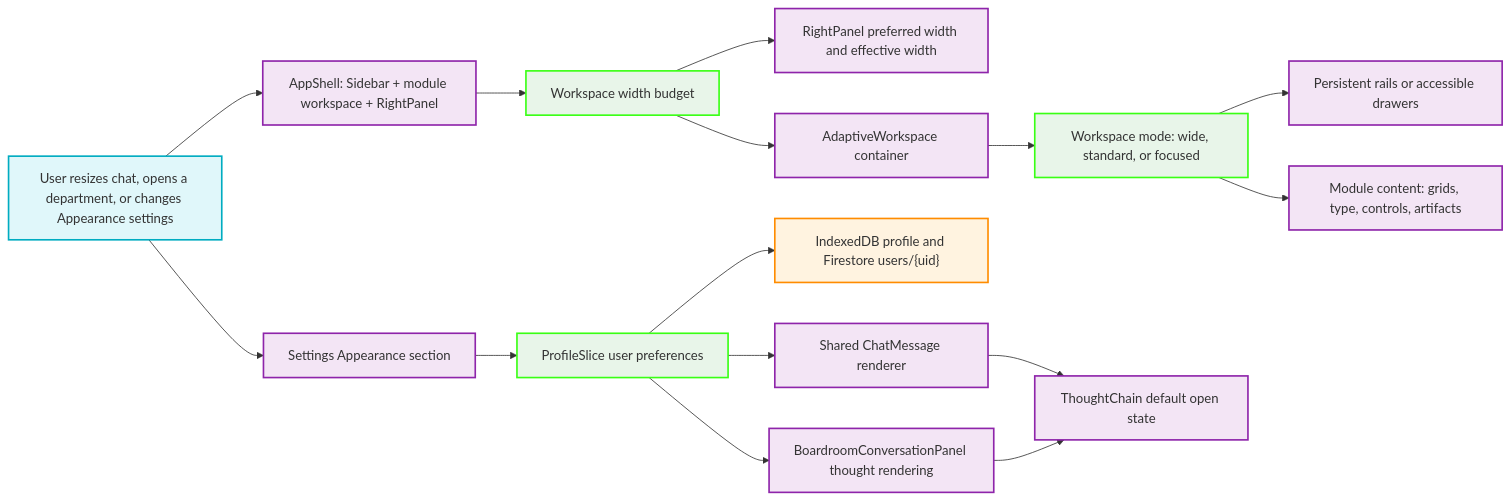
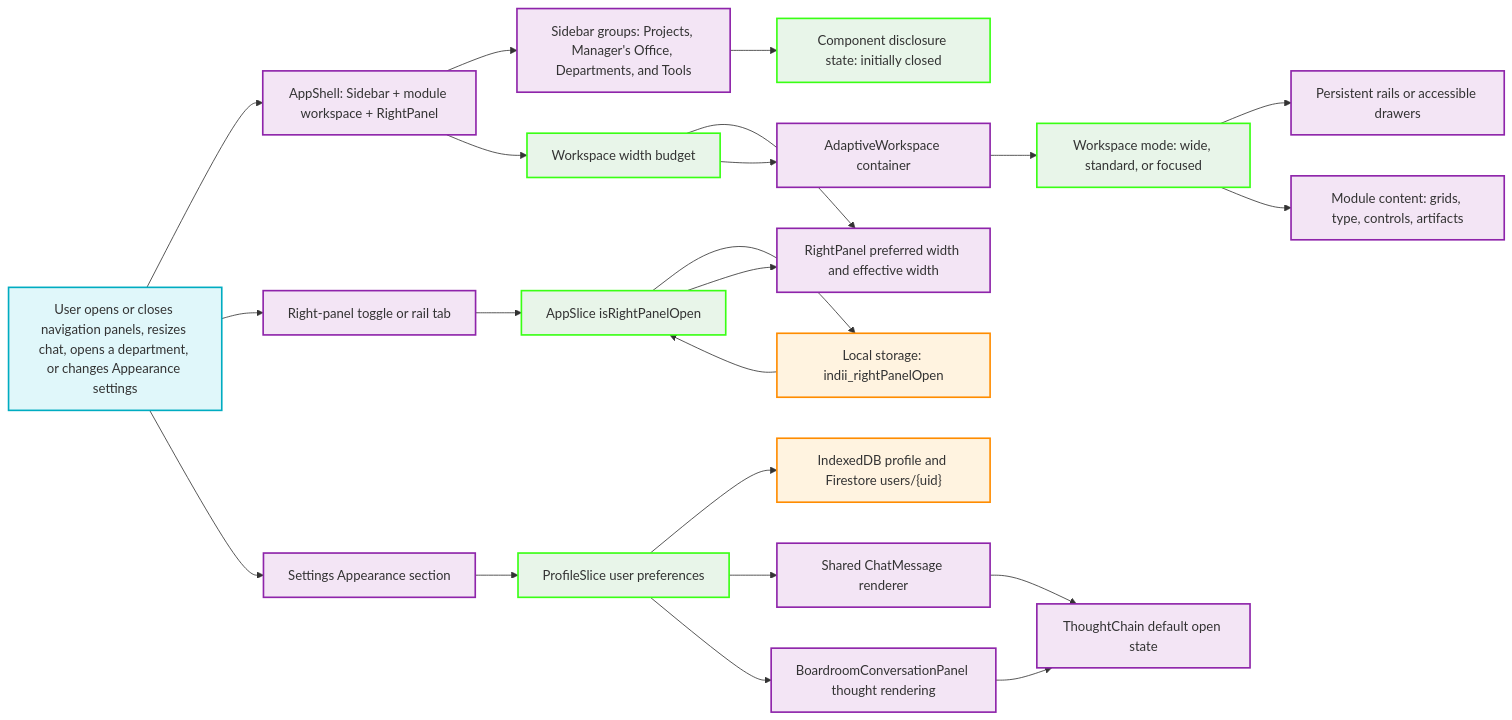
One commit to indii-music-founder/indii-music-founder changed the diagram in docs/flowcharts/adaptive-workspace-and-chat-preferences.md. Above: the diagram before and after it, drawn with Mermaid. The commit also changed other lines of this file and 3 other files, not shown here.

Commit message:
fix(navigation): keep right panel rail visible

````diff
--- a/docs/flowcharts/adaptive-workspace-and-chat-preferences.md
+++ b/docs/flowcharts/adaptive-workspace-and-chat-preferences.md
@@ -5,42 +5,54 @@
 ```mermaid
 flowchart LR
-    User["User resizes chat, opens a department, or changes Appearance settings"]
+    User["User opens or closes navigation panels, resizes chat, opens a department, or changes Appearance settings"]
     Shell["AppShell: Sidebar + module workspace + RightPanel"]
+    SidebarGroups["Sidebar groups: Projects, Manager's Office, Departments, and Tools"]
+    SidebarState["Component disclosure state: initially closed"]
     Budget["Workspace width budget"]
     RightPanel["RightPanel preferred width and effective width"]
+    PanelToggle["Right-panel toggle or rail tab"]
+    PanelState["AppSlice isRightPanelOpen"]
+    PanelStorage["Local storage: indii_rightPanelOpen"]
     Workspace["AdaptiveWorkspace container"]
     Mode["Workspace mode: wide, standard, or focused"]
     Rails["Persistent rails or accessible drawers"]
     Content["Module content: grids, type, controls, artifacts"]
     Profile["ProfileSlice user preferences"]
     Storage["IndexedDB profile and Firestore users/{uid}"]
     Appearance["Settings Appearance section"]
     ChatMessage["Shared ChatMessage renderer"]
     Thought["ThoughtChain default open state"]
     Boardroom["BoardroomConversationPanel thought rendering"]
 
     User --> Shell
+    Shell --> SidebarGroups
+    SidebarGroups --> SidebarState
+    User --> PanelToggle
+    PanelToggle --> PanelState
+    PanelState --> PanelStorage
+    PanelStorage --> PanelState
+    PanelState --> RightPanel
     Shell --> Budget
     Budget --> RightPanel
     Budget --> Workspace
     Workspace --> Mode
     Mode --> Rails
     Mode --> Content
     User --> Appearance
     Appearance --> Profile
     Profile --> Storage
     Profile --> ChatMessage
     ChatMessage --> Thought
     Profile --> Boardroom
     Boardroom --> Thought
 
     classDef user fill:#e0f7fa,stroke:#00acc1,stroke-width:2px
     classDef ui fill:#f3e5f5,stroke:#8e24aa,stroke-width:2px
     classDef logic fill:#e8f5e9,stroke:#39FF14,stroke-width:2px
     classDef data fill:#fff3e0,stroke:#ff8c00,stroke-width:2px
 
     class User user
-    class Shell,RightPanel,Workspace,Rails,Content,Appearance,ChatMessage,Thought,Boardroom ui
-    class Budget,Mode,Profile logic
-    class Storage data
+    class Shell,SidebarGroups,RightPanel,PanelToggle,Workspace,Rails,Content,Appearance,ChatMessage,Thought,Boardroom ui
+    class SidebarState,Budget,PanelState,Mode,Profile logic
+    class PanelStorage,Storage data
 ```
````
